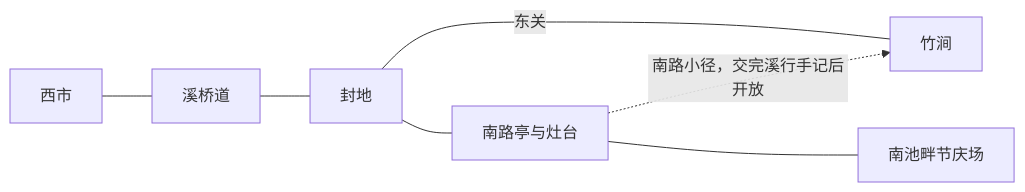
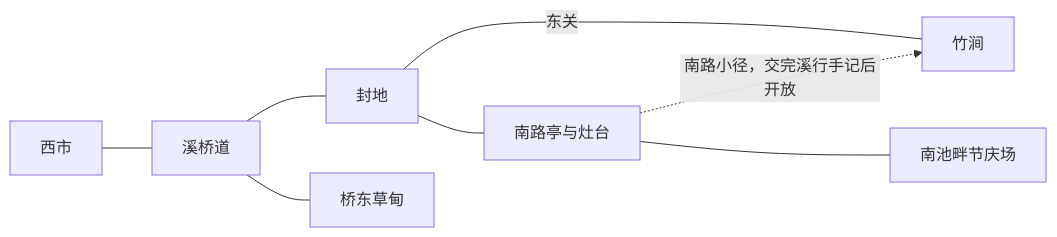
The second of 2 diagrams in docs/game_design/06_地形系统_完整.md (Stdq123/Fiefdom), drawn with Mermaid before and after one commit. The commit also changed other lines of this file and 25 other files, not shown here.

````diff
--- a/docs/game_design/06_地形系统_完整.md
+++ b/docs/game_design/06_地形系统_完整.md
@@ -104,8 +106,9 @@
 ```mermaid
 flowchart LR
     M[西市] --- R[溪桥道] --- E[封地]
+    R --- G[桥东草甸]
     E ---|东关| B[竹涧]
     E --- H[南路亭与灶台]
     H --- P[南池畔节庆场]
     H -. 南路小径，交完溪行手记后开放 .-> B
 ```
````
